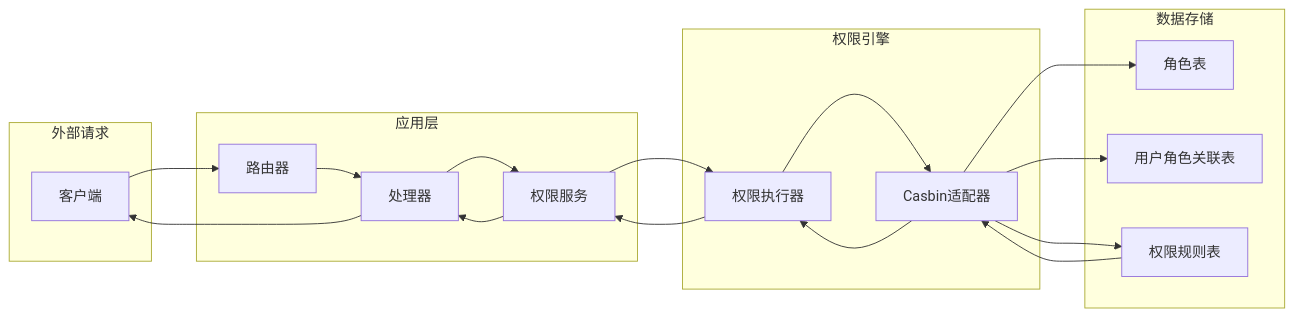
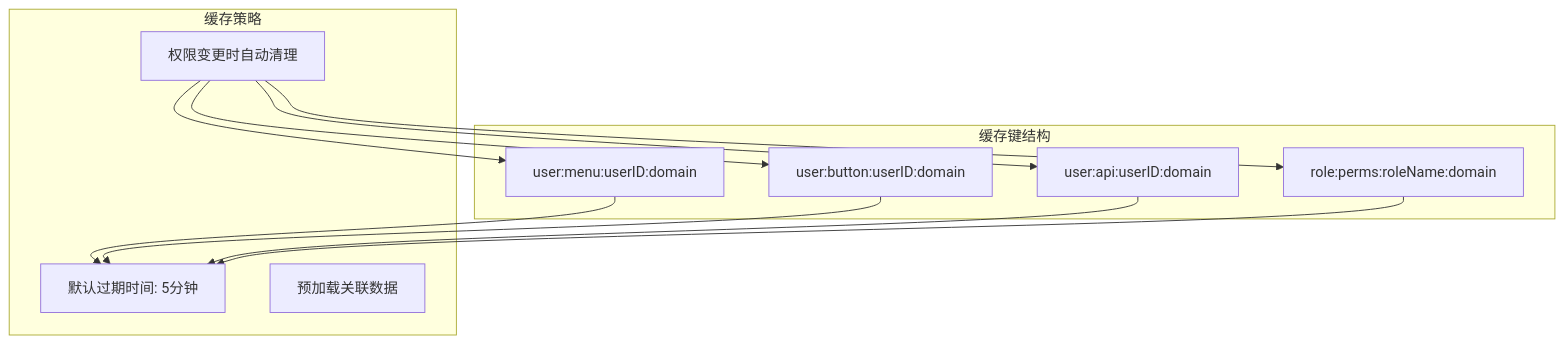
Before and after one commit to wuwuseo/e-sports-go-admin: the sixth of 9 diagrams in .qoder/repowiki/zh/content/API接口文档/用户权限查询接口.md, drawn with Mermaid. The commit also changed other lines of this file and 141 other files, not shown here.

````diff
--- a/.qoder/repowiki/zh/content/API接口文档/用户权限查询接口.md
+++ b/.qoder/repowiki/zh/content/API接口文档/用户权限查询接口.md
@@ -407,33 +250,22 @@
 ```mermaid
-graph LR
-subgraph "外部请求"
-Client[客户端]
+graph TB
+subgraph "缓存键结构"
+Key[user:menu:userID:domain]
+Key2[user:button:userID:domain]
+Key3[user:api:userID:domain]
+Key4[role:perms:roleName:domain]
 end
-subgraph "应用层"
-Router[路由器]
-Handler[处理器]
-Service[权限服务]
+subgraph "缓存策略"
+TTL[默认过期时间: 5分钟]
+Clear[权限变更时自动清理]
+EagerLoad[预加载关联数据]
 end
-subgraph "权限引擎"
-Enforcer[权限执行器]
-Adapter[Casbin适配器]
-end
-subgraph "数据存储"
-Role[角色表]
-UserRole[用户角色关联表]
-CasbinRule[权限规则表]
-end
-Client --> Router
-Router --> Handler
-Handler --> Service
-Service --> Enforcer
-Enforcer --> Adapter
-Adapter --> Role
-Adapter --> UserRole
-Adapter --> CasbinRule
-CasbinRule --> Adapter
-Adapter --> Enforcer
-Enforcer --> Service
-Service --> Handler
-Handler --> Client
+Key --> TTL
+Key2 --> TTL
+Key3 --> TTL
+Key4 --> TTL
+Clear --> Key
+Clear --> Key2
+Clear --> Key3
+Clear --> Key4
 ```
````
